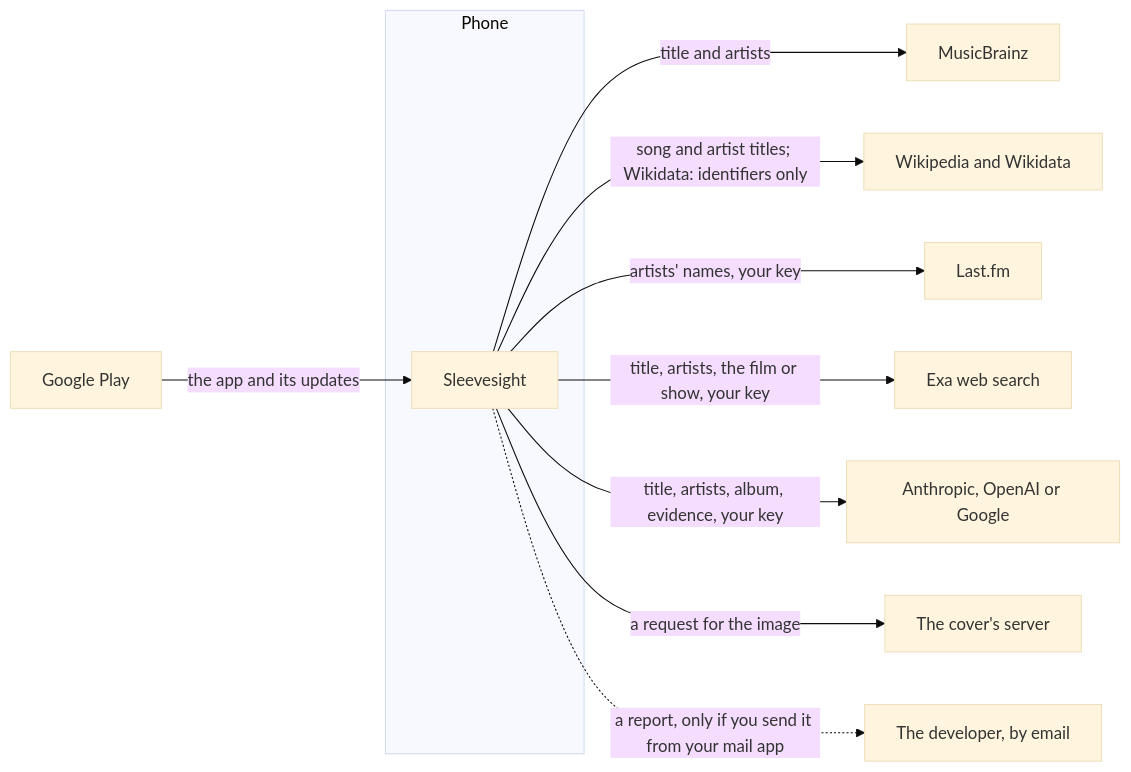
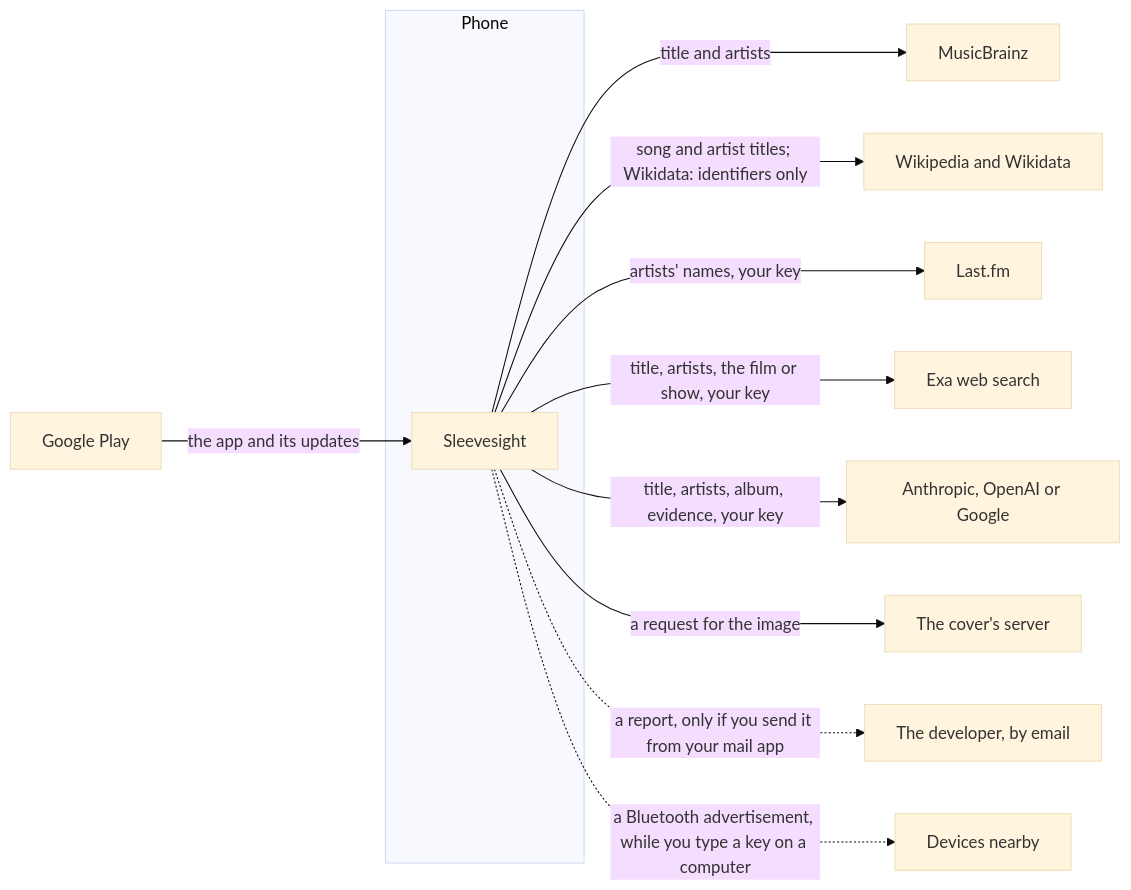
One commit to wkusnierczyk/sleevesight changed the second of 3 diagrams in docs/architecture/index.md. Above: the diagram before and after it, drawn with Mermaid (base theme). The commit also changed other lines of this file and 29 other files, not shown here.

First line of the commit message:
[FEATURE] Type on a computer: say which device is the phone in Chrome's chooser (#507)

````diff
--- a/docs/architecture/index.md
+++ b/docs/architecture/index.md
@@ -84,14 +84,15 @@
 ```mermaid
 flowchart LR
   subgraph Phone
     App["Sleevesight"]
   end
   App -- "title and artists" --> MB["MusicBrainz"]
   App -- "song and artist titles; Wikidata: identifiers only" --> WP["Wikipedia and Wikidata"]
   App -- "artists' names, your key" --> LFM["Last.fm"]
   App -- "title, artists, the film or show, your key" --> Exa["Exa web search"]
   App -- "title, artists, album, evidence, your key" --> AI["Anthropic, OpenAI or Google"]
   App -- "a request for the image" --> Art["The cover's server"]
   App -. "a report, only if you send it from your mail app" .-> Dev["The developer, by email"]
+  App -. "a Bluetooth advertisement, while you type a key on a computer" .-> Near["Devices nearby"]
   Play["Google Play"] -- "the app and its updates" --> App
 ```
````
